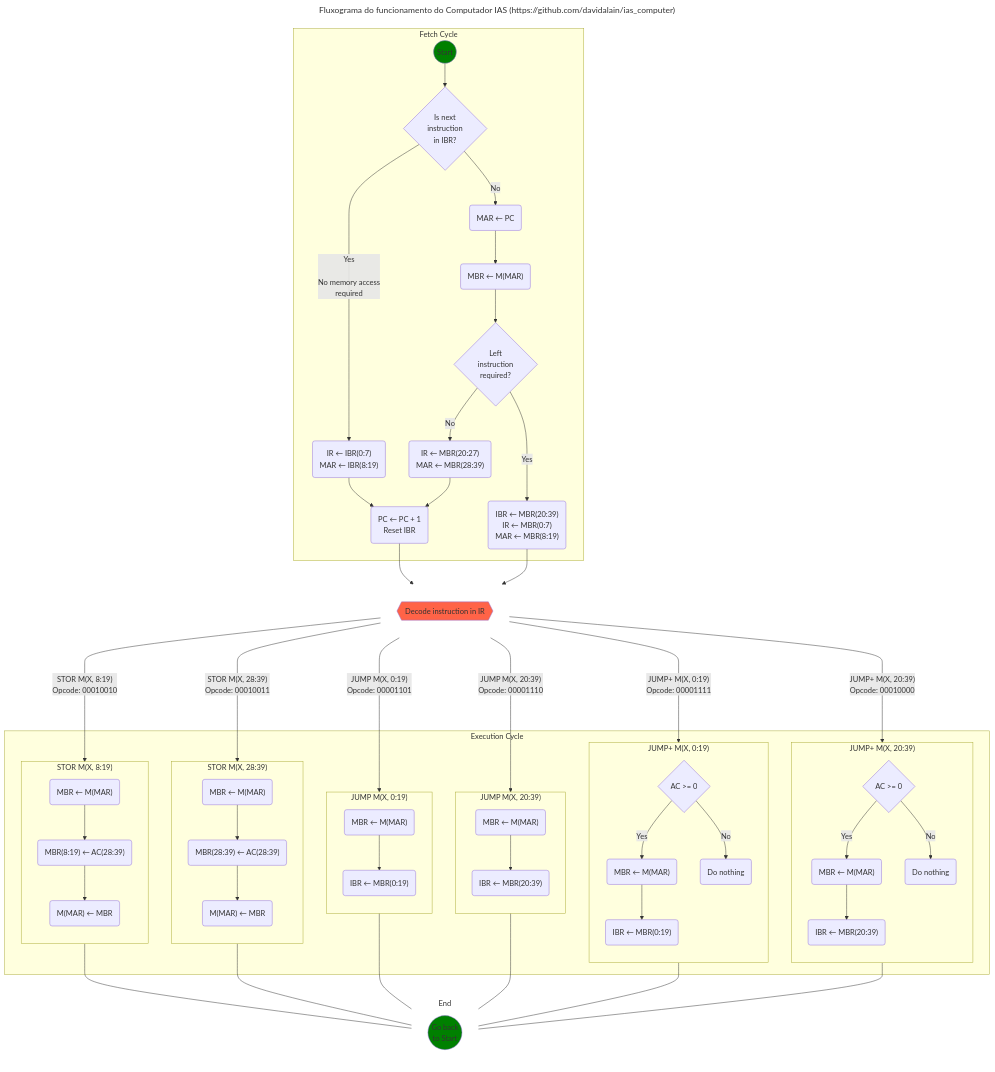
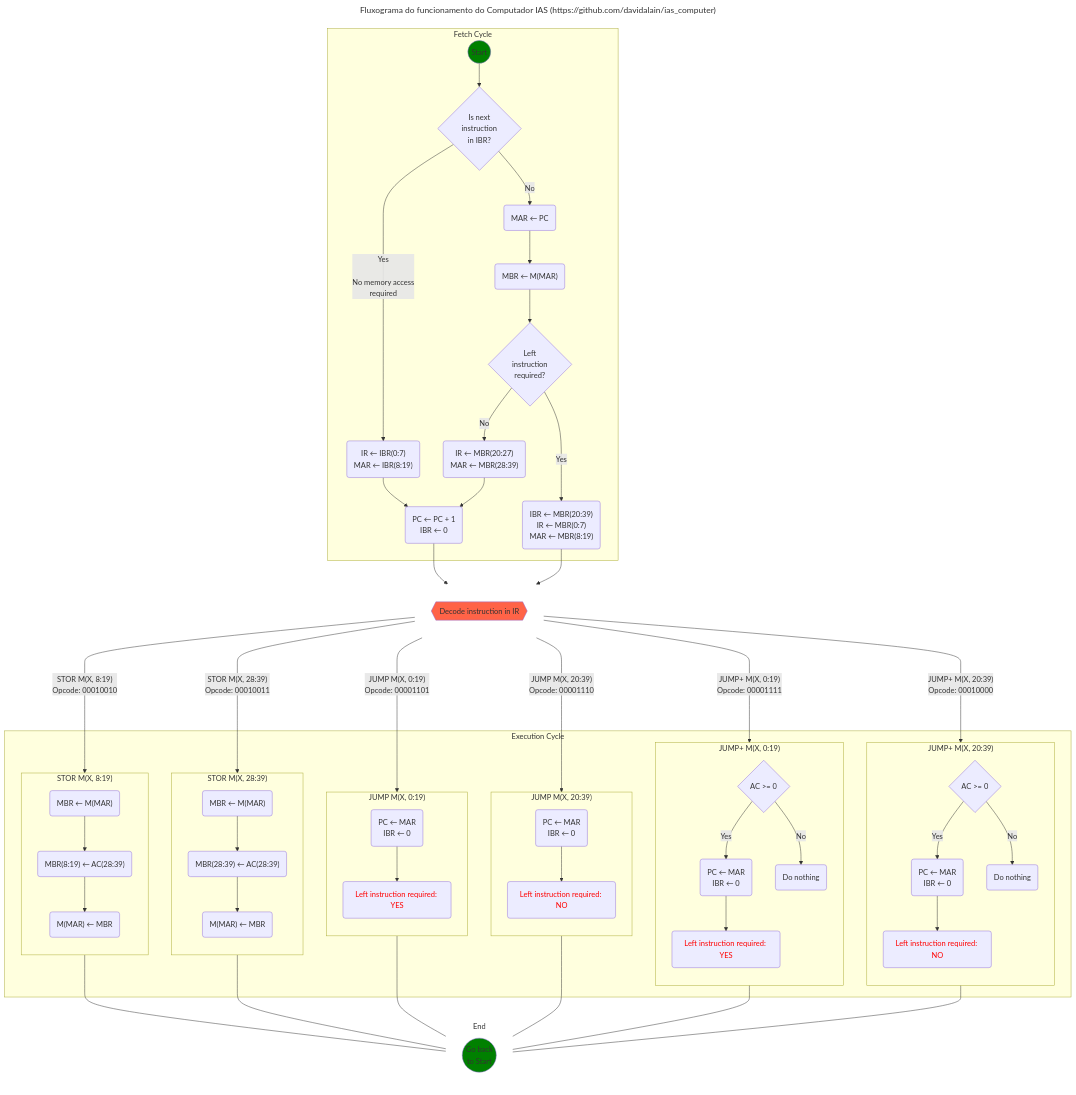
The diagram in mmd_files/flowchart_instrucoes_desvios_e_modificacao_endereco.mmd (davidalain/ias_computer), drawn with Mermaid before and after one commit.

Commit message:
Correção nas instruçoes de JUMP

```diff
--- a/mmd_files/flowchart_instrucoes_desvios_e_modificacao_endereco.mmd
+++ b/mmd_files/flowchart_instrucoes_desvios_e_modificacao_endereco.mmd
@@ -1,165 +1,181 @@
 ---
 title:  Fluxograma do funcionamento do Computador IAS (https://github.com/davidalain/ias_computer)
 ---
 flowchart TB
 
 subgraph _fetch_cycle_ [Fetch Cycle]
     START((Start)):::greenClass --> B{"Is next
     instruction 
     in IBR?"}
     B --> |"Yes
 
     No memory access
     required"| F("IR ← IBR(0:7)
     MAR ← IBR(8:19)")
     F --> I
     B --> |No| C("MAR ← PC")
     C --> D("MBR ← M(MAR)")
     D --> E{"Left
     instruction
     required?"}
     E --> |No| H("IR ← MBR(20:27)
     MAR ← MBR(28:39)")
     E --> |Yes| G("IBR ← MBR(20:39)
     IR ← MBR(0:7)
     MAR ← MBR(8:19)")
     H --> I("PC ← PC + 1
-    Reset IBR")
+    IBR ← 0")
 end
 
 subgraph _decode_ [ ]
     I --> DECODE
     G --> DECODE
     DECODE{{"Decode instruction in IR"}}:::orangeClass
 
     style _decode_ fill:transparent,stroke:transparent
 
     direction TB
 end
 
 
 subgraph _execution_cycle_ [Execution Cycle]
 
     %%%% Instruções de desvio condicional, desvio incondicional e modificação de endereço
     %% [Eliane de Melo Cordeiro](https://github.com/ElianeCordeiro)
     %% [Flávio Filipe França Farias](https://github.com/trewq010)
     %% [Maria Eduarda Veloso Cânha](https://github.com/dudacanha)
     %% [Laura Maria Farias Silva](https://github.com/laura-farias-dev)
     %% [Wanessa Santana Ferreira](https://github.com/Wanessaa)
 
     DECODE --> |"STOR M(X, 8:19)
     Opcode: 00010010" | STOR_MXL
 
     %% A instrução STOR M(X, 8:19) substitui os bits de endereço da instrução esquerda, do bit 28 ao 39, de um local de memória chamado M(X), pelos bits do 28 ao 39 do acumulador (AC). Para isso, o processo passa pelo Registrador de Memória do Barramento (MBR), pois o AC não tem acesso direto à memória. Dessa forma, o conteúdo da memória tem que ser transferido para o MBR, que pode acessar tanto a memória quanto o AC. Então, o MBR substitui os bits do 8 ao 19 pelo conteúdo dos bits do 28 ao 39 do AC. Após a modificação, o conteúdo atualizado é transferido de volta para a memória M(X), finalizando o processo de modificação do campo de endereço da instrução esquerda em M(X).
 
     subgraph STOR_MXL ["STOR M(X, 8:19)"]
         STOR_MXL1("MBR ← M(MAR)")
         STOR_MXL2("MBR(8:19) ← AC(28:39)")
         STOR_MXL3("M(MAR) ← MBR")
 
         STOR_MXL1 --> STOR_MXL2
         STOR_MXL2 --> STOR_MXL3
         direction TB
     end
 
 
     DECODE --> |"STOR M(X, 28:39)
     Opcode: 00010011"|STOR_MXR 
 
     %% A instrução STOR M(X, 28:39) substitui os bits de endereço na instrução direita, do bit 28º ao 39º, de um local de memória chamado M(X), pelos respectivos bits do 28º ao 39º do acumulador (AC). Para isso, o processo passa pelo Registrador de Memória do Barramento (MBR), pois o AC não tem acesso direto à memória. Dessa forma, o conteúdo da memória tem que ser transferido para o MBR, que pode acessar tanto a memória quanto o AC.Então, o MBR substitui os bits do 28º ao 39º pelo conteúdo correspondente do AC. Após a modificação, o conteúdo atualizado é transferido de volta para a memória M(X), finalizando o processo de modificação do campo de endereço da instrução direita em M(X).
 
     subgraph STOR_MXR ["STOR M(X, 28:39)"]
         STOR_MXR1("MBR ← M(MAR)")
         STOR_MXR2("MBR(28:39) ← AC(28:39)")
         STOR_MXR3("M(MAR) ← MBR")
 
         STOR_MXR1 --> STOR_MXR2
         STOR_MXR2 --> STOR_MXR3
         direction TB
     end
 
 
     DECODE --> |"JUMP M(X, 0:19)
     Opcode: 00001101"|JUMP_ML
 
 	%% A instrução JUMP M(X, 0:19), ao receber o endereço de memória (MAR) do ciclo de busca, acessa a palavra de memória que contém duas intruções e armazena esse conteúdo no MBR. O endereço de memória presente na instrução localizada à esquerda desse conteúdo é lido e armazenado no contador de programa (PC). O que indica que o conteúdo apontado por esse endereço será executado no próximo ciclo de busca, independente do conteúdo do registrador IBR ou o que estava armazenado anteriormente em PC.
 
     subgraph JUMP_ML ["JUMP M(X, 0:19)"]
-	    JUMP_MXL1("MBR ← M(MAR)")
-        JUMP_MXL2("IBR ← MBR(0:19)")
+	    JUMP_MXL1(" PC ← MAR
+                    IBR ← 0")
+        JUMP_MXL2("Left instruction required: YES"):::redFontClass
 
         JUMP_MXL1 --> JUMP_MXL2
 
         direction TB
     end
 
 
     DECODE --> |"JUMP M(X, 20:39)
     Opcode: 00001110"|JUMP_MR
 
     %% A instrução JUMP M(X, 20:39),  ao receber o endereço de memória (MAR) do ciclo de busca, acessa a palavra de memória que contém duas intruções e armazena esse conteúdo no MBR. O endereço de memória presente na instrução localizada à direita desse conteúdo é lido e armazenado no contador de programa (PC). O que indica que o conteúdo apontado por esse endereço será executado no próximo ciclo de busca, independente do conteúdo do registrador IBR ou o que estava armazenado anteriormente em PC.
 
     subgraph JUMP_MR ["JUMP M(X, 20:39)"]
-        JUMP_MXR1("MBR ← M(MAR)")
-        JUMP_MXR2("IBR ← MBR(20:39)")
+        JUMP_MXR1(" PC ← MAR
+                    IBR ← 0")
+        JUMP_MXR2("Left instruction required: NO"):::redFontClass
 
         JUMP_MXR1 --> JUMP_MXR2
         direction TB
     end
 
 
     DECODE ----> |"JUMP+ M(X, 0:19)
     Opcode: 00001111"|JUMP+_ML
 
     %% A instrução JUMP+ M(X, 0:19) tem o efeito de saltar para a instrução esquerda da memória apenas se o valor contido no registrador AC for maior ou igual a zero, indicando que AC não é um número negativo. Caso contrário, se o valor em AC for negativo, o fluxo de execução continua normalmente, mantendo os mesmos valores nos registradores.
 
     subgraph JUMP+_ML ["JUMP+ M(X, 0:19)"]
         JUMP1_MXL1{"AC >= 0"}
-        JUMP1_MXL2("MBR ← M(MAR)")
-        JUMP1_MXL3("IBR ← MBR(0:19)")
+        JUMP1_MXL2("PC ← MAR
+                    IBR ← 0")
+        JUMP1_MXL3("Left instruction required: YES"):::redFontClass
         DO_NOTHING_L("Do nothing")
        
         JUMP1_MXL1 --> |Yes| JUMP1_MXL2
         JUMP1_MXL1 --> |No| DO_NOTHING_L
         JUMP1_MXL2 -->  JUMP1_MXL3
+
         direction TB
     end
 
 
     DECODE ----> |"JUMP+ M(X, 20:39)
     Opcode: 00010000"|JUMP+_MR
 
     %% A instrução JUMP+ M(X, 20:39) tem o efeito de saltar para a instrução direita da memória apenas se o valor contido no registrador AC for maior ou igual a zero, indicando que AC não é um número negativo. Caso contrário, se o valor em AC for negativo, o fluxo de execução continua normalmente, mantendo os mesmos valores nos registradores.  
       
     subgraph JUMP+_MR ["JUMP+ M(X, 20:39)"]
+        %%JUMP1_MXR1{"AC >= 0"}
+        %%JUMP1_MXR2("MBR ← M(MAR)")
+        %%JUMP1_MXR3("IBR ← MBR(20:39)")
+        %%DO_NOTHING_R("Do nothing")
+
+        %%JUMP1_MXR1 --> |Yes| JUMP1_MXR2
+        %%JUMP1_MXR1 --> |No| DO_NOTHING_R
+        %%JUMP1_MXR2 -->  JUMP1_MXR3
+
         JUMP1_MXR1{"AC >= 0"}
-        JUMP1_MXR2("MBR ← M(MAR)")
-        JUMP1_MXR3("IBR ← MBR(20:39)")
+        JUMP1_MXR2("PC ← MAR
+                    IBR ← 0")
+        JUMP1_MXR3("Left instruction required: NO"):::redFontClass
         DO_NOTHING_R("Do nothing")
-
+       
         JUMP1_MXR1 --> |Yes| JUMP1_MXR2
         JUMP1_MXR1 --> |No| DO_NOTHING_R
         JUMP1_MXR2 -->  JUMP1_MXR3
+
         direction TB
     end
 	
 end
 
 subgraph _end_ [End]
     style _end_ fill:transparent,stroke:transparent
 
     END(("Go back
     to Start")):::greenClass
 
     STOR_MXL --- END
     STOR_MXR --- END
     JUMP_ML --- END
     JUMP_MR --- END
     JUMP+_ML --- END
     JUMP+_MR --- END
 	
     direction TB
 end
 
 classDef greenClass fill:#008000
 classDef orangeClass fill:#FF6347
+classDef redFontClass color:#FF0000
```
